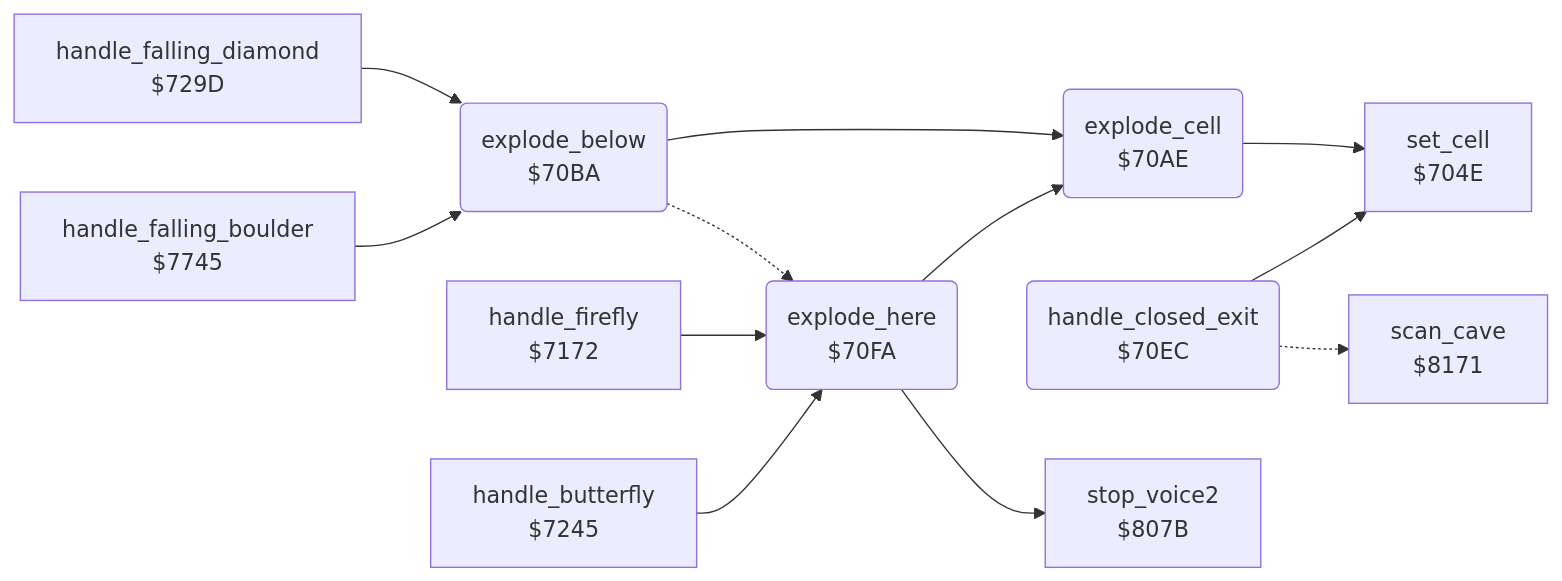
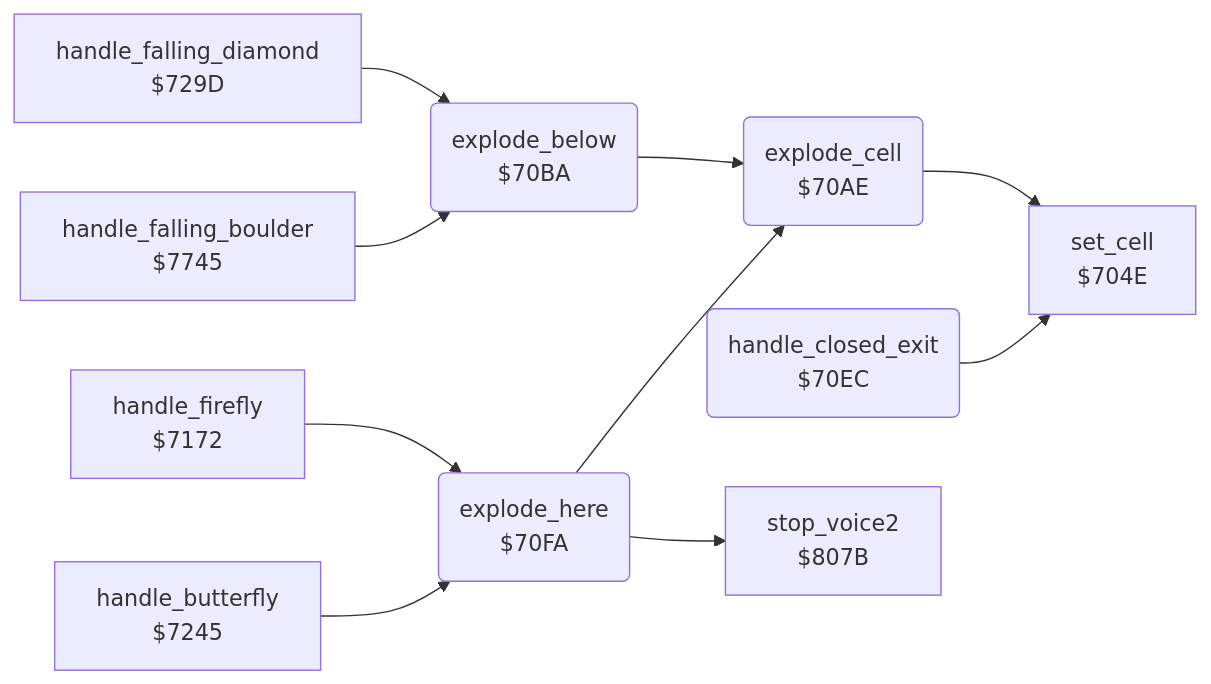
The diagram in boulder_dash/v2/docs/reference/modules/engine/explosion.md (henols/c64_games), drawn with Mermaid before and after one commit. The commit also changed other lines of this file and 1100 other files, not shown here.

````diff
--- a/boulder_dash/v2/docs/reference/modules/engine/explosion.md
+++ b/boulder_dash/v2/docs/reference/modules/engine/explosion.md
@@ -10,25 +25,22 @@
 ```mermaid
 flowchart LR
   n704e["set_cell<br/>$704E"]
   n70ae("explode_cell<br/>$70AE")
   n70ba("explode_below<br/>$70BA")
   n70ec("handle_closed_exit<br/>$70EC")
   n70fa("explode_here<br/>$70FA")
   n7172["handle_firefly<br/>$7172"]
   n7245["handle_butterfly<br/>$7245"]
   n729d["handle_falling_diamond<br/>$729D"]
   n7745["handle_falling_boulder<br/>$7745"]
   n807b["stop_voice2<br/>$807B"]
-  n8171["scan_cave<br/>$8171"]
   n70ae --> n704e
   n70ba --> n70ae
-  n70ba -.-> n70fa
   n70ec --> n704e
-  n70ec -.-> n8171
   n70fa --> n70ae
   n70fa --> n807b
   n7172 --> n70fa
   n7245 --> n70fa
   n729d --> n70ba
   n7745 --> n70ba
 ```
````
